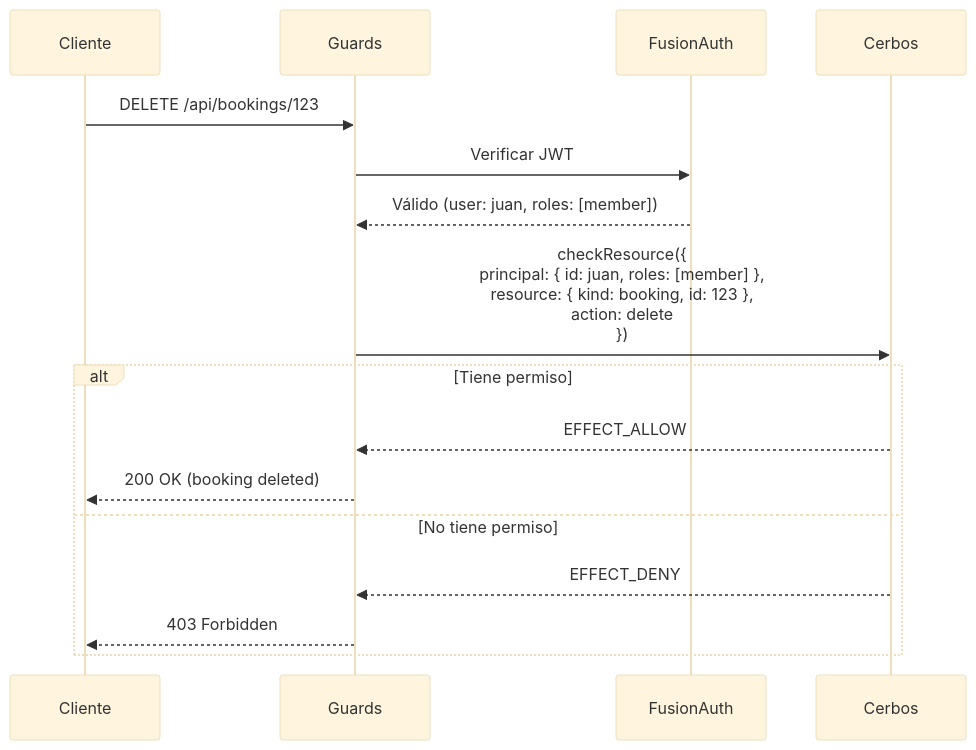
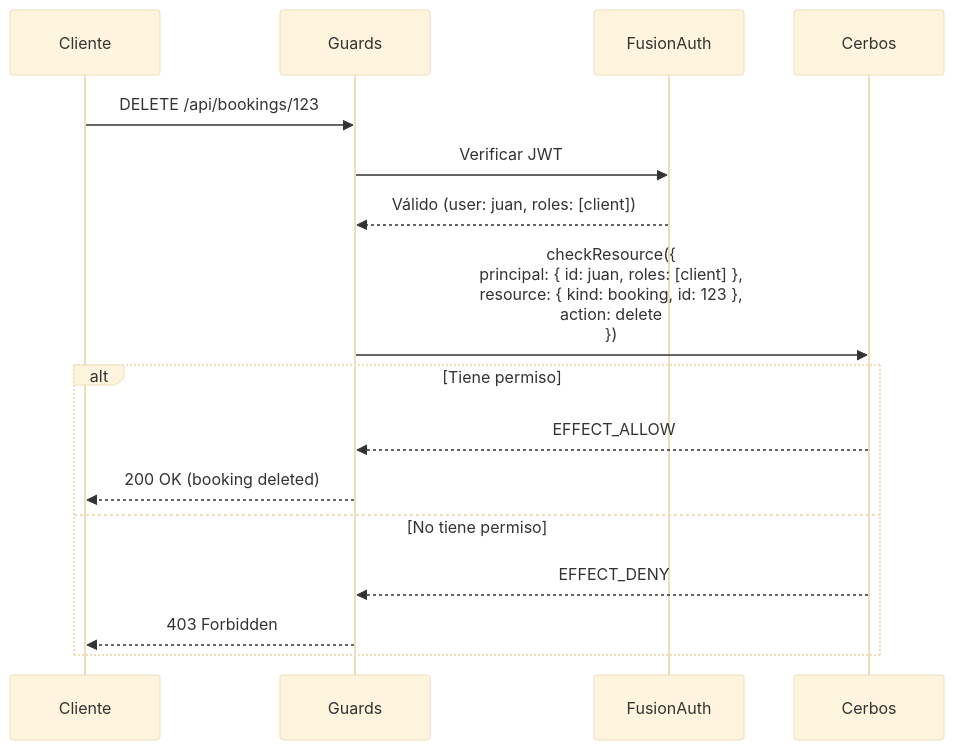
Diagram 13 of 13 in docs/v2/02-IDENTIDAD.md (lazzariodigital/serveflow-platform), drawn with Mermaid (base theme) before and after one commit. The commit also changed other lines of this file and 119 other files, not shown here.

````diff
--- a/docs/v2/02-IDENTIDAD.md
+++ b/docs/v2/02-IDENTIDAD.md
@@ -1483,21 +1549,21 @@
 ```mermaid
 sequenceDiagram
     participant C as Cliente
     participant G as Guards
     participant FA as FusionAuth
     participant CB as Cerbos
 
     C->>G: DELETE /api/bookings/123
     G->>FA: Verificar JWT
-    FA-->>G: Válido (user: juan, roles: [member])
+    FA-->>G: Válido (user: juan, roles: [client])
 
-    G->>CB: checkResource({<br/>  principal: { id: juan, roles: [member] },<br/>  resource: { kind: booking, id: 123 },<br/>  action: delete<br/>})
+    G->>CB: checkResource({<br/>  principal: { id: juan, roles: [client] },<br/>  resource: { kind: booking, id: 123 },<br/>  action: delete<br/>})
 
     alt Tiene permiso
         CB-->>G: EFFECT_ALLOW
         G-->>C: 200 OK (booking deleted)
     else No tiene permiso
         CB-->>G: EFFECT_DENY
         G-->>C: 403 Forbidden
     end
 ```
````
